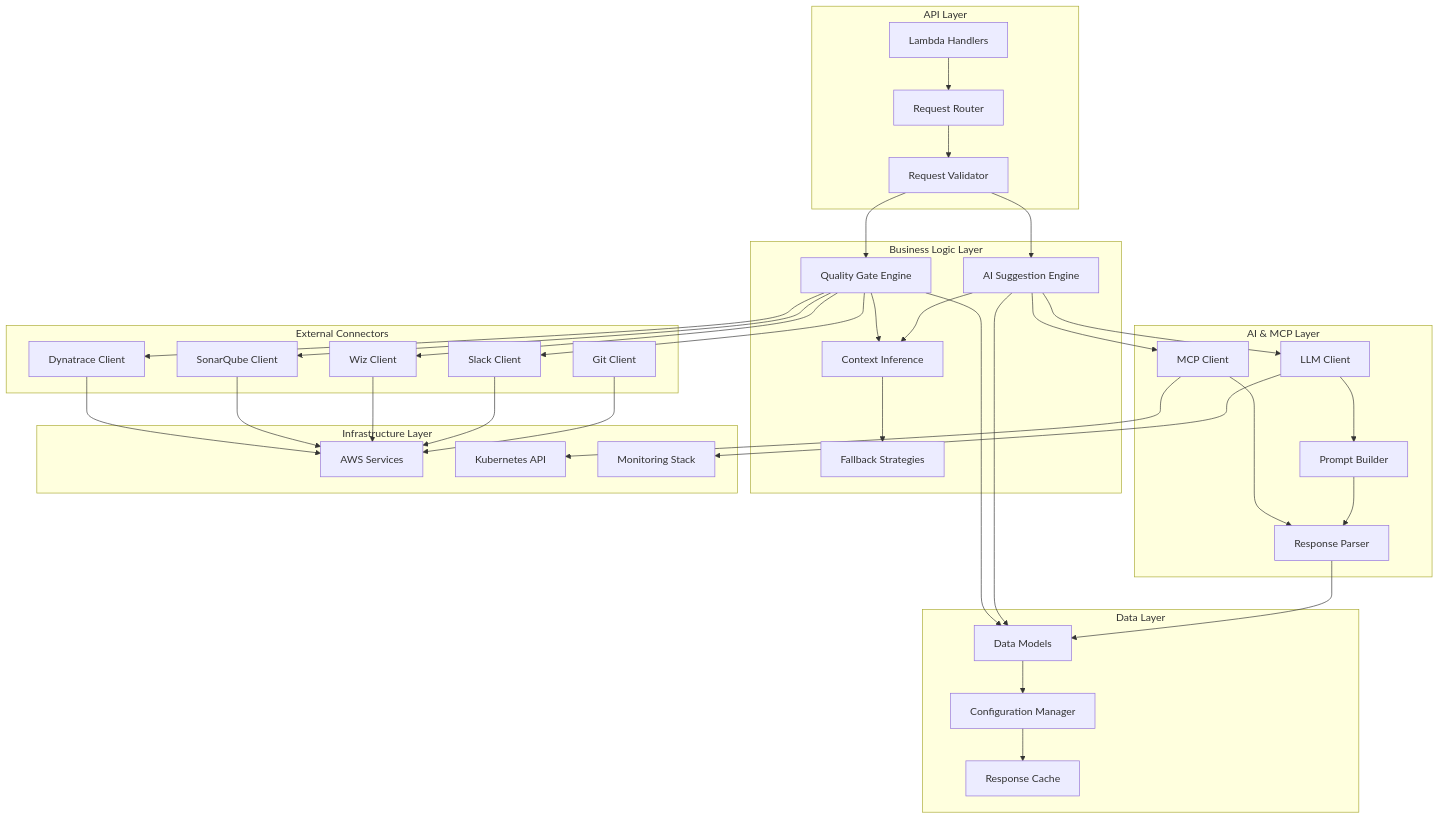
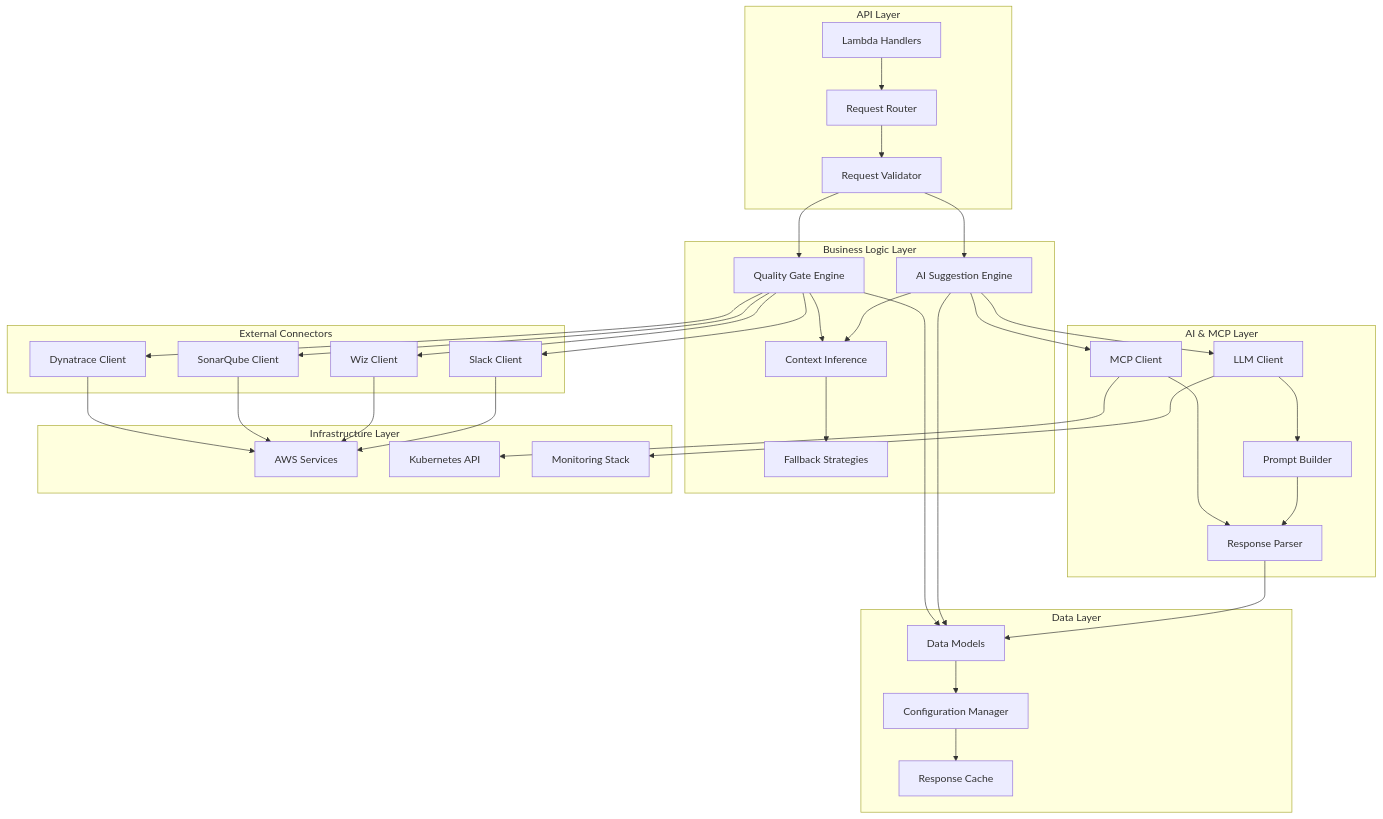
The second of 4 diagrams in README.md (jchakravarty/sre-agent), drawn with Mermaid before and after one commit. The commit also changed other lines of this file and 4 other files, not shown here.

````diff
--- a/README.md
+++ b/README.md
@@ -120,71 +118,69 @@
 ```mermaid
 graph TB
     subgraph "API Layer"
         HANDLERS[Lambda Handlers]
         ROUTER[Request Router]
         VALIDATOR[Request Validator]
     end
 
     subgraph "Business Logic Layer"
         QUALITY_GATE[Quality Gate Engine]
         SUGGESTION_ENGINE[AI Suggestion Engine]
         CONTEXT_INFER[Context Inference]
         FALLBACK[Fallback Strategies]
     end
 
     subgraph "Data Layer"
         MODELS[Data Models]
         CONFIG[Configuration Manager]
         CACHE[Response Cache]
     end
 
     subgraph "External Connectors"
         DT_CLIENT[Dynatrace Client]
         SQ_CLIENT[SonarQube Client]
         WIZ_CLIENT[Wiz Client]
         SLACK_CLIENT[Slack Client]
-        GIT_CLIENT[Git Client]
     end
 
     subgraph "AI & MCP Layer"
         LLM_CLIENT[LLM Client]
         MCP_CLIENT[MCP Client]
         PROMPT_BUILDER[Prompt Builder]
         RESPONSE_PARSER[Response Parser]
     end
 
     subgraph "Infrastructure Layer"
         AWS_SERVICES[AWS Services]
         K8S_API[Kubernetes API]
         MONITORING[Monitoring Stack]
     end
 
     HANDLERS --> ROUTER
     ROUTER --> VALIDATOR
     VALIDATOR --> QUALITY_GATE
     VALIDATOR --> SUGGESTION_ENGINE
     QUALITY_GATE --> CONTEXT_INFER
     SUGGESTION_ENGINE --> CONTEXT_INFER
     CONTEXT_INFER --> FALLBACK
     QUALITY_GATE --> MODELS
     SUGGESTION_ENGINE --> MODELS
     MODELS --> CONFIG
     CONFIG --> CACHE
     QUALITY_GATE --> DT_CLIENT
     QUALITY_GATE --> SQ_CLIENT
     QUALITY_GATE --> WIZ_CLIENT
     QUALITY_GATE --> SLACK_CLIENT
     SUGGESTION_ENGINE --> LLM_CLIENT
     SUGGESTION_ENGINE --> MCP_CLIENT
     LLM_CLIENT --> PROMPT_BUILDER
     MCP_CLIENT --> RESPONSE_PARSER
     PROMPT_BUILDER --> RESPONSE_PARSER
     RESPONSE_PARSER --> MODELS
     DT_CLIENT --> AWS_SERVICES
     SQ_CLIENT --> AWS_SERVICES
     WIZ_CLIENT --> AWS_SERVICES
     SLACK_CLIENT --> AWS_SERVICES
-    GIT_CLIENT --> AWS_SERVICES
     MCP_CLIENT --> K8S_API
     LLM_CLIENT --> MONITORING
 ```
````
